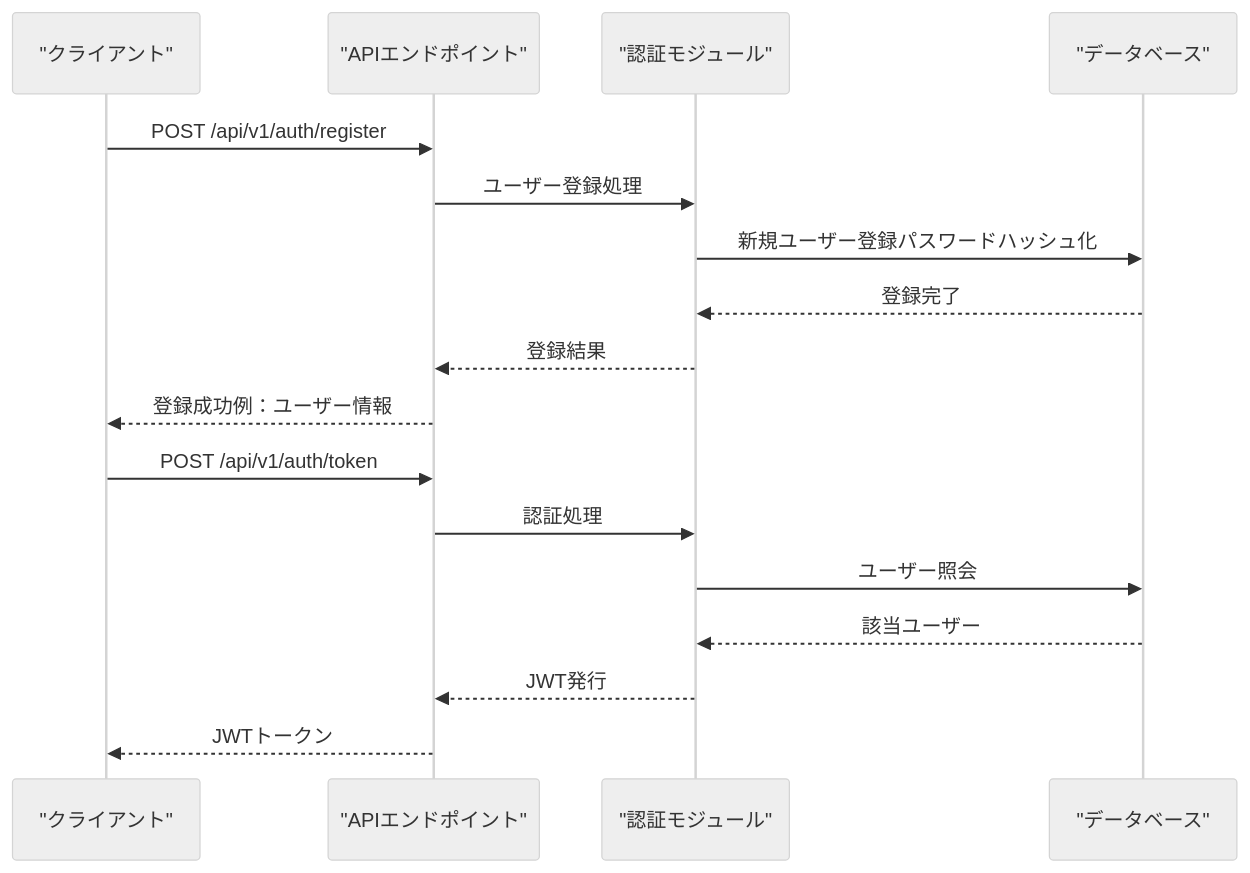
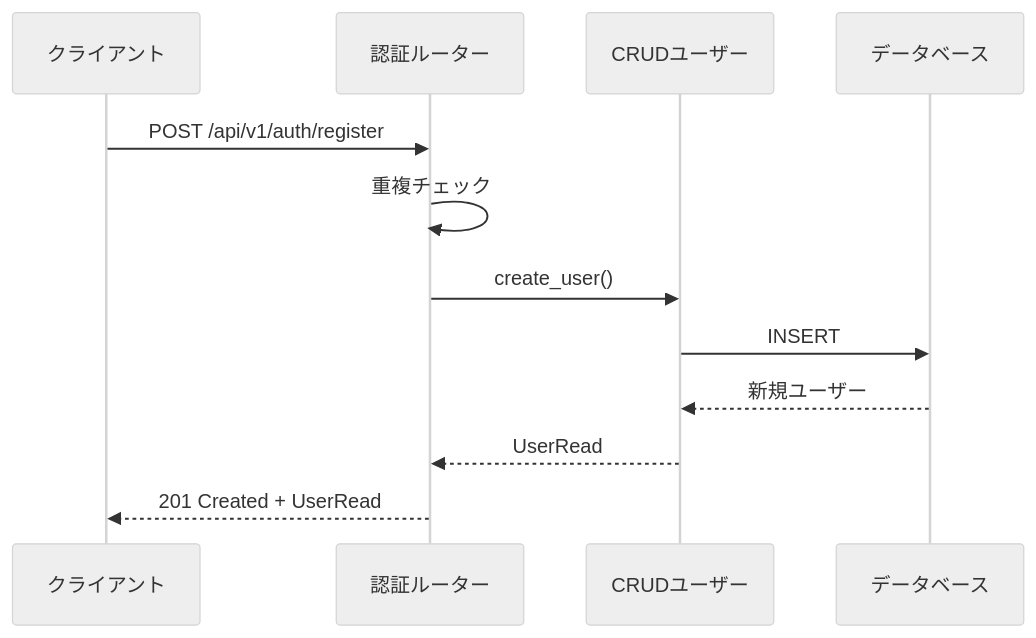
The third of 8 diagrams in .qoder/repowiki/ja/content/APIリファレンス/APIリファレンス.md (ss8806/Todos), drawn with Mermaid (neutral theme) before and after one commit. The commit also changed other lines of this file and 25 other files, not shown here.

````diff
--- a/.qoder/repowiki/ja/content/APIリファレンス/APIリファレンス.md
+++ b/.qoder/repowiki/ja/content/APIリファレンス/APIリファレンス.md
@@ -294,19 +156,14 @@
 ```mermaid
 sequenceDiagram
-participant Client as "クライアント"
-participant API as "APIエンドポイント"
-participant Auth as "認証モジュール"
-participant DB as "データベース"
-Client->>API : POST /api/v1/auth/register
-API->>Auth : ユーザー登録処理
-Auth->>DB : 新規ユーザー登録パスワードハッシュ化
-DB-->>Auth : 登録完了
-Auth-->>API : 登録結果
-API-->>Client : 登録成功例：ユーザー情報
-Client->>API : POST /api/v1/auth/token
-API->>Auth : 認証処理
-Auth->>DB : ユーザー照会
-DB-->>Auth : 該当ユーザー
-Auth-->>API : JWT発行
-API-->>Client : JWTトークン
+participant Client as クライアント
+participant Auth as 認証ルーター
+participant CRUD as CRUDユーザー
+participant DB as データベース
+Client->>Auth : POST /api/v1/auth/register
+Auth->>Auth : 重複チェック
+Auth->>CRUD : create_user()
+CRUD->>DB : INSERT
+DB-->>CRUD : 新規ユーザー
+CRUD-->>Auth : UserRead
+Auth-->>Client : 201 Created + UserRead
 ```
````
